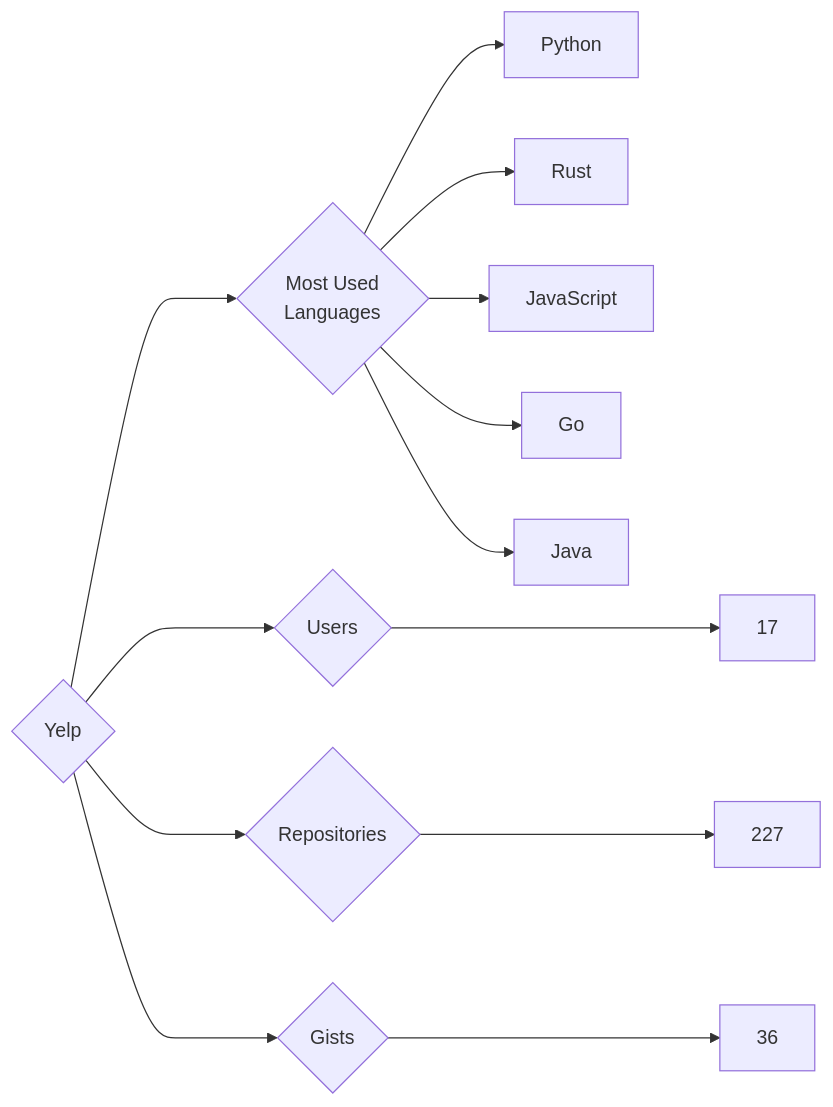
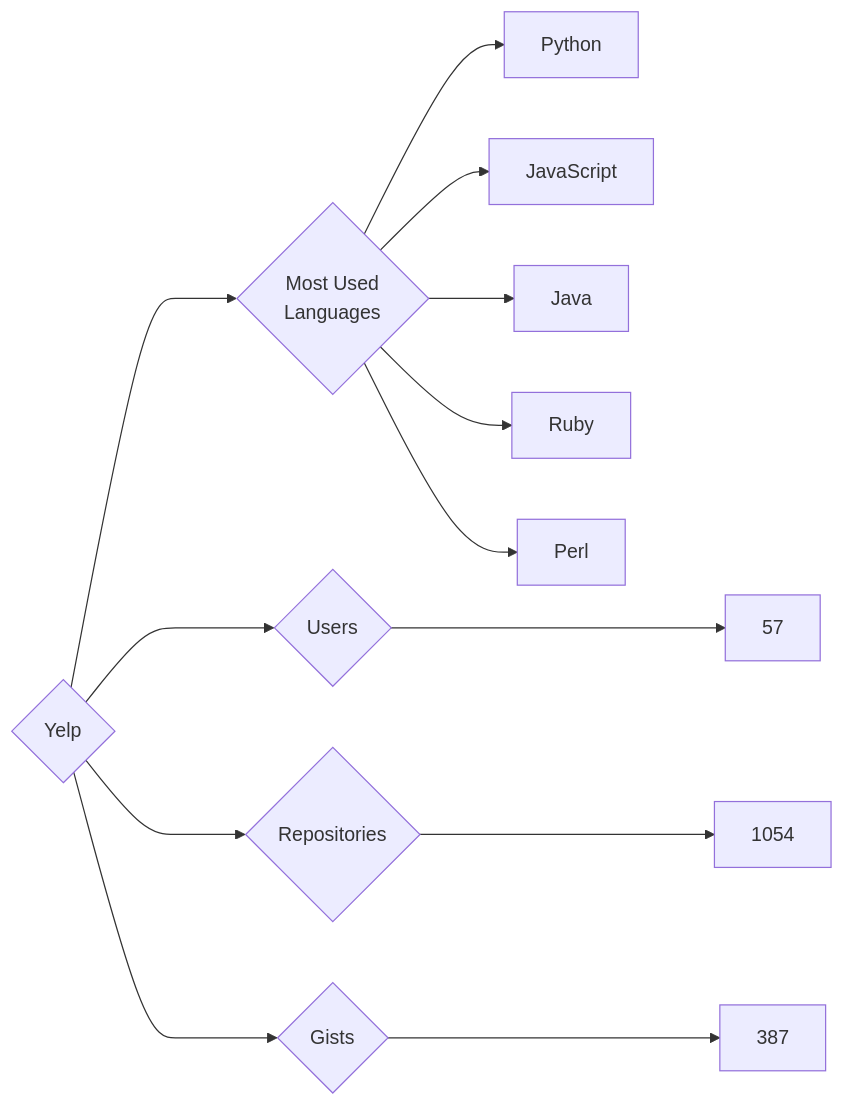
One commit to trickest/insiders changed the diagram in targets/Yelp/README.md. Above: the diagram before and after it, drawn with Mermaid. The commit also changed 871 other files, not shown here.

````diff
--- a/targets/Yelp/README.md
+++ b/targets/Yelp/README.md
@@ -3,13 +3,13 @@
 ```mermaid
 graph LR
 COMPANY_NAME{Yelp}
-COMPANY_NAME ---> U{Users} ---> UN[17]
-COMPANY_NAME ---> R{Repositories} ---> RN[227]
-COMPANY_NAME ---> G{Gists} ---> GN[36]
+COMPANY_NAME ---> U{Users} ---> UN[57]
+COMPANY_NAME ---> R{Repositories} ---> RN[1054]
+COMPANY_NAME ---> G{Gists} ---> GN[387]
 COMPANY_NAME ---> ML{Most Used<br>Languages}
 ML --> Python[Python]
-ML --> Rust[Rust]
 ML --> JavaScript[JavaScript]
-ML --> Go[Go]
 ML --> Java[Java]
+ML --> Ruby[Ruby]
+ML --> Perl[Perl]
 ```
````
